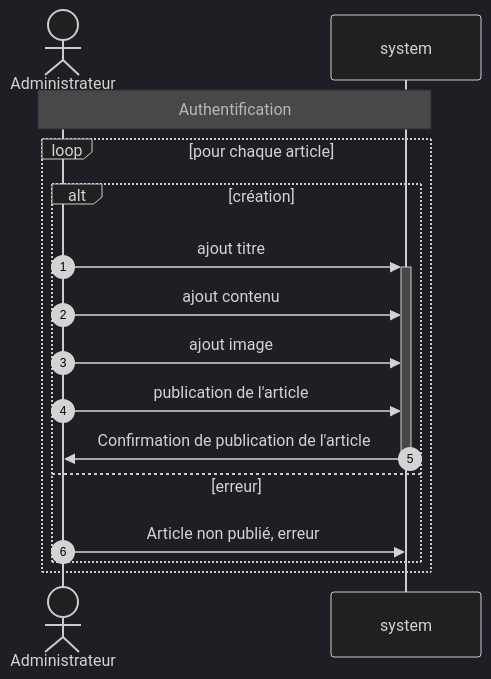
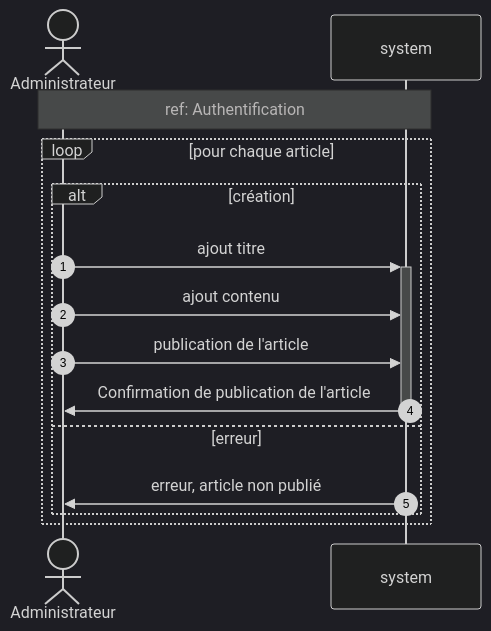
Before and after one commit to Tony-marques/p5_blog: the diagram in public/UML/sd_gestion_article.md, drawn with Mermaid (dark theme). The commit also changed 48 other files, not shown here.

````diff
--- a/public/UML/sd_gestion_article.md
+++ b/public/UML/sd_gestion_article.md
@@ -1,28 +1,27 @@
 ```mermaid
 
 sequenceDiagram
   autonumber
   actor Administrateur
 
-  Note over Administrateur,system: Authentification
+  Note over Administrateur,system: ref: Authentification
 
   loop pour chaque article
     alt création
       Administrateur ->>+ system: ajout titre
       Administrateur ->> system: ajout contenu
-      Administrateur ->> system: ajout image
       Administrateur ->> system: publication de l'article
       system ->>- Administrateur: Confirmation de publication de l'article
     else erreur
-      Administrateur ->> system: Article non publié, erreur
+      system ->> Administrateur : erreur, article non publié
     end
   end
 
 
 
 
 # Rajouter intermédiaire (front, back)
 
 
 
 ```
````
